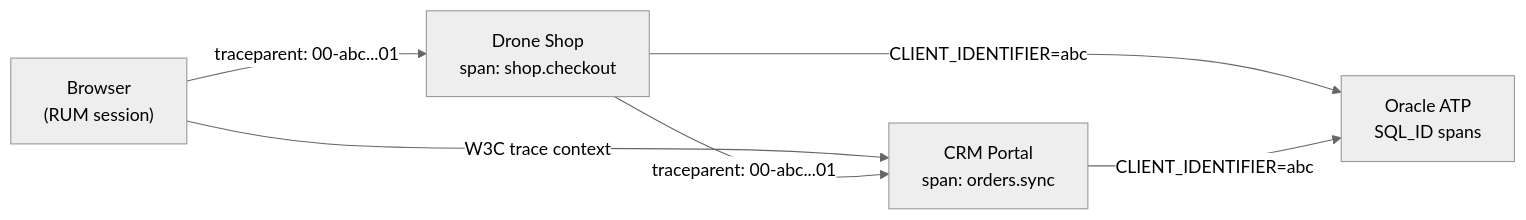
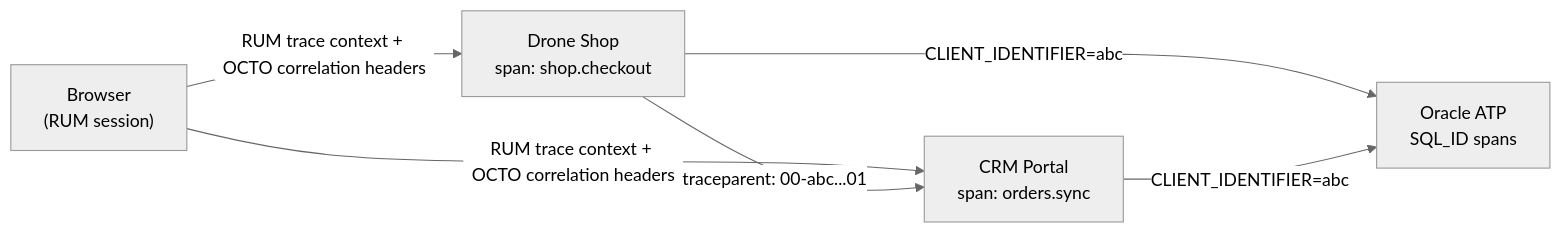
Before and after one commit to adibirzu/octo-apm-demo: the diagram in site/observability/distributed-traces.md, drawn with Mermaid (neutral theme). The commit also changed other lines of this file and 455 other files, not shown here.

````diff
--- a/site/observability/distributed-traces.md
+++ b/site/observability/distributed-traces.md
@@ -10,13 +11,13 @@
 ```mermaid
 flowchart LR
     Browser["Browser<br/>(RUM session)"]
     Shop["Drone Shop<br/>span: shop.checkout"]
     CRM["CRM Portal<br/>span: orders.sync"]
     ATP["Oracle ATP<br/>SQL_ID spans"]
 
-    Browser -->|"traceparent: 00-abc...01"| Shop
-    Browser -->|"W3C trace context"| CRM
+    Browser -->|"RUM trace context + OCTO correlation headers"| Shop
+    Browser -->|"RUM trace context + OCTO correlation headers"| CRM
     Shop -->|"traceparent: 00-abc...01"| CRM
     Shop -->|"CLIENT_IDENTIFIER=abc"| ATP
     CRM -->|"CLIENT_IDENTIFIER=abc"| ATP
 ```
````
